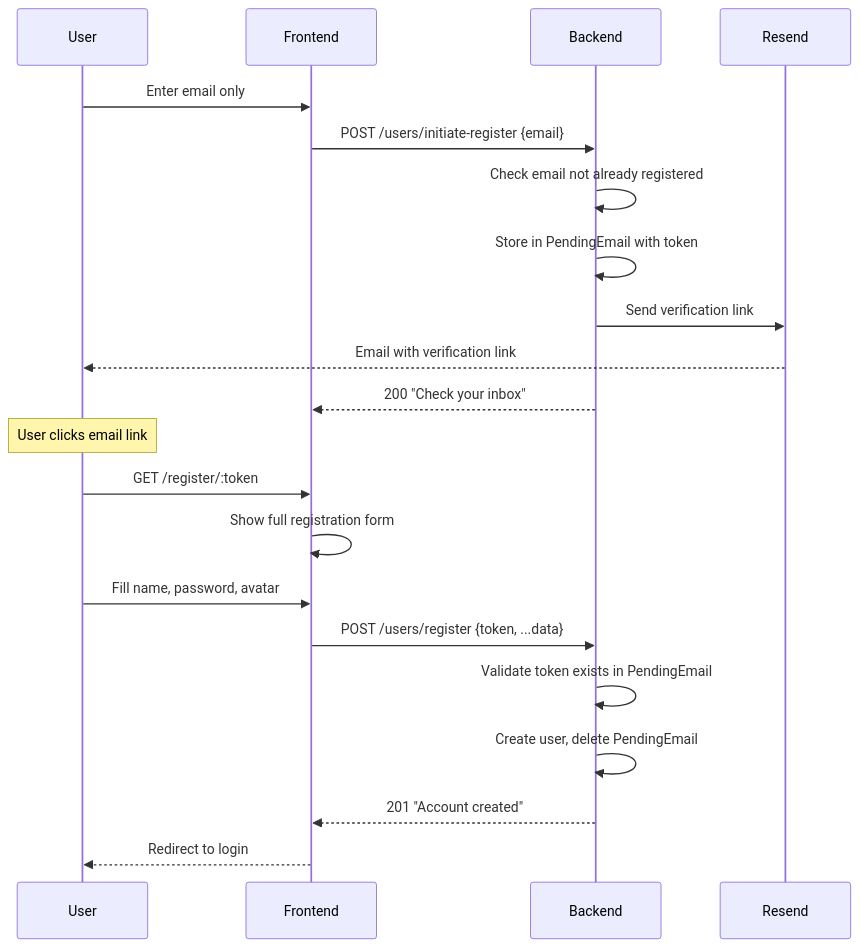
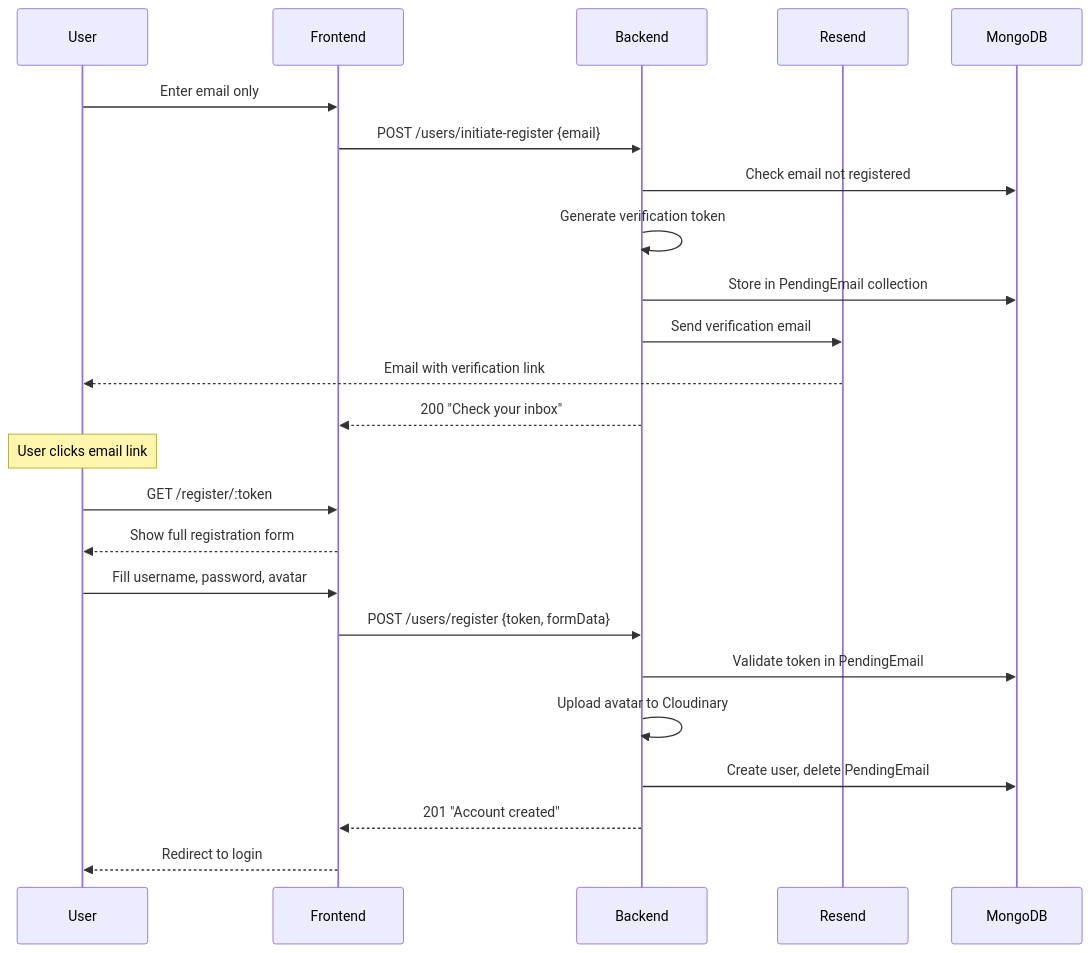
Before and after one commit to Makwana-Nikunj/b: the third of 8 diagrams in README.md, drawn with Mermaid. The commit also changed other lines of this file, not shown here.

Commit message:
docs: Overhaul README.md to provide comprehensive project setup, architecture, and core user workflow documentation.

````diff
--- a/README.md
+++ b/README.md
@@ -48,26 +210,29 @@
 ```mermaid
 sequenceDiagram
     participant User
     participant Frontend
     participant Backend
     participant Resend
+    participant MongoDB
 
     User->>Frontend: Enter email only
     Frontend->>Backend: POST /users/initiate-register {email}
-    Backend->>Backend: Check email not already registered
-    Backend->>Backend: Store in PendingEmail with token
-    Backend->>Resend: Send verification link
+    Backend->>MongoDB: Check email not registered
+    Backend->>Backend: Generate verification token
+    Backend->>MongoDB: Store in PendingEmail collection
+    Backend->>Resend: Send verification email
     Resend-->>User: Email with verification link
     Backend-->>Frontend: 200 "Check your inbox"
     
     Note over User: User clicks email link
     
     User->>Frontend: GET /register/:token
-    Frontend->>Frontend: Show full registration form
-    User->>Frontend: Fill name, password, avatar
-    Frontend->>Backend: POST /users/register {token, ...data}
-    Backend->>Backend: Validate token exists in PendingEmail
-    Backend->>Backend: Create user, delete PendingEmail
+    Frontend-->>User: Show full registration form
+    User->>Frontend: Fill username, password, avatar
+    Frontend->>Backend: POST /users/register {token, formData}
+    Backend->>MongoDB: Validate token in PendingEmail
+    Backend->>Backend: Upload avatar to Cloudinary
+    Backend->>MongoDB: Create user, delete PendingEmail
     Backend-->>Frontend: 201 "Account created"
     Frontend-->>User: Redirect to login
 ```
````
